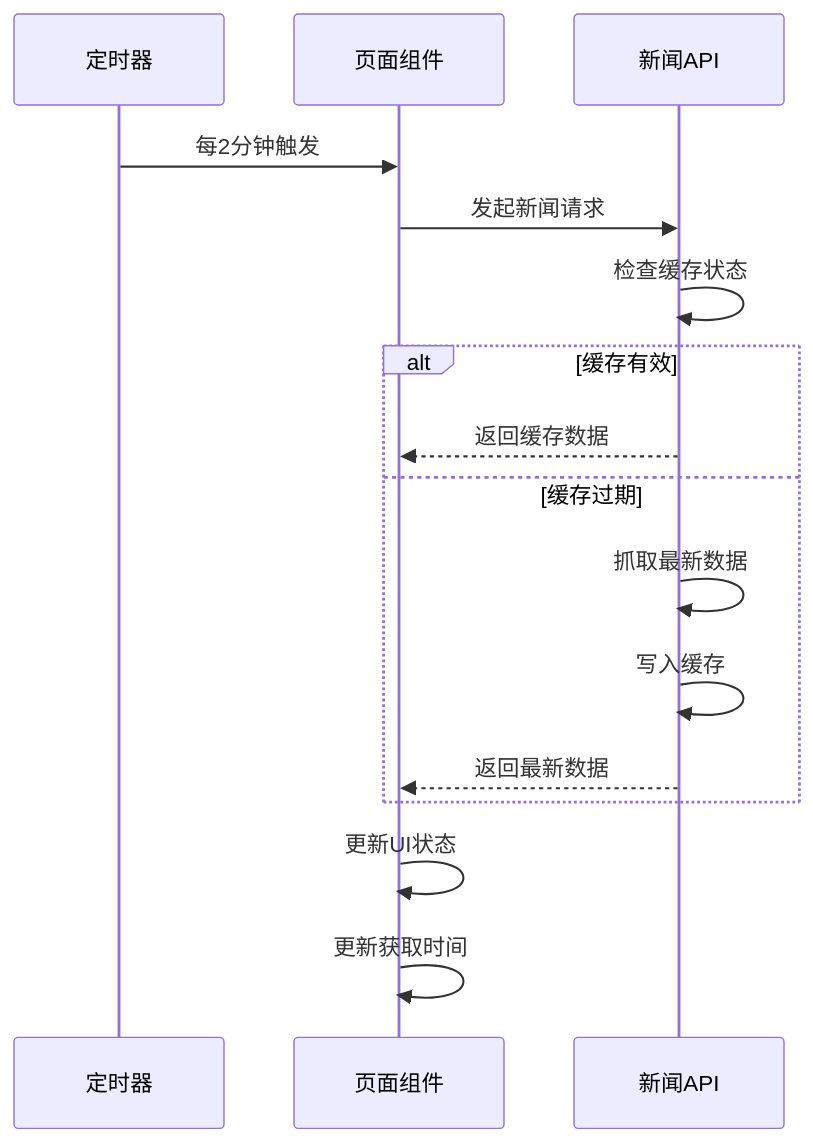
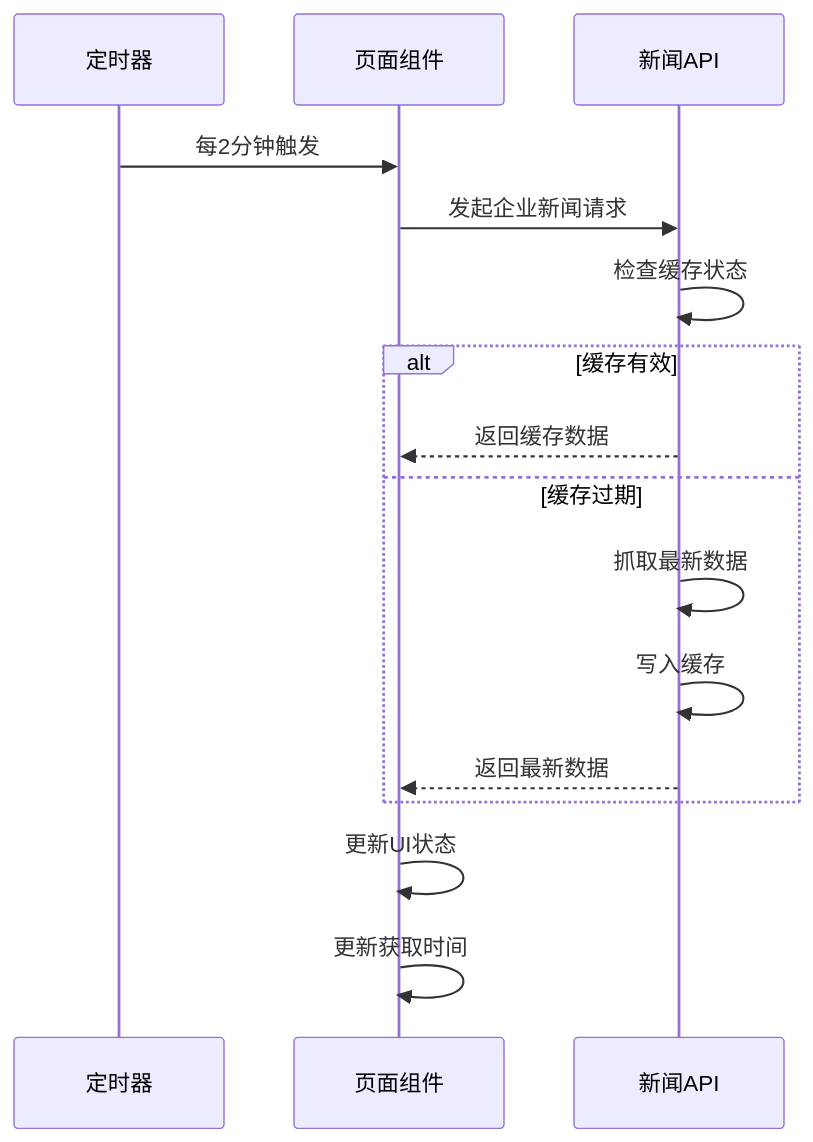
One commit to zuozuoliu740-cmd/xianxiong-news changed the sixth of 15 diagrams in .qoder/repowiki/zh/content/核心功能模块/新闻数据获取系统.md. Above: the diagram before and after it, drawn with Mermaid. The commit also changed other lines of this file and 27 other files, not shown here.

Commit message:
feat: 新增AI实验室模块 - AI爆品替换工作台(视频替换/商品详情生成/图生视频/英文配音)、我的视频管理、首页入口卡片

````diff
--- a/.qoder/repowiki/zh/content/核心功能模块/新闻数据获取系统.md
+++ b/.qoder/repowiki/zh/content/核心功能模块/新闻数据获取系统.md
@@ -340,18 +383,18 @@
 ```mermaid
 sequenceDiagram
 participant Timer as 定时器
 participant Page as 页面组件
 participant API as 新闻API
 Timer->>Page : 每2分钟触发
-Page->>API : 发起新闻请求
+Page->>API : 发起企业新闻请求
 API->>API : 检查缓存状态
 alt 缓存有效
 API-->>Page : 返回缓存数据
 else 缓存过期
 API->>API : 抓取最新数据
 API->>API : 写入缓存
 API-->>Page : 返回最新数据
 end
 Page->>Page : 更新UI状态
 Page->>Page : 更新获取时间
 ```
````
